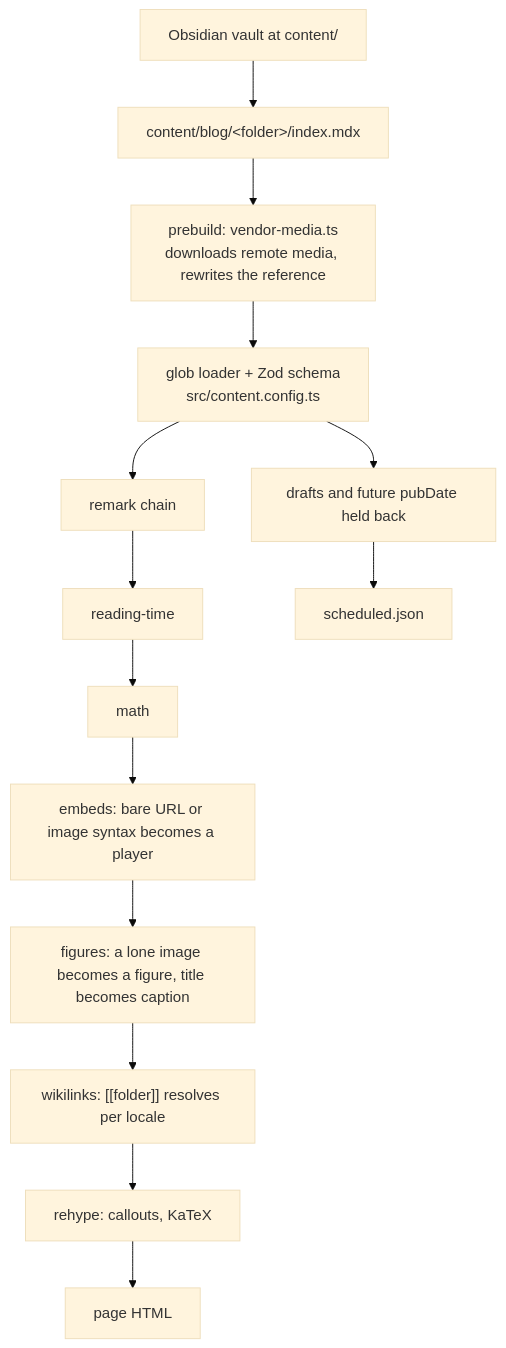
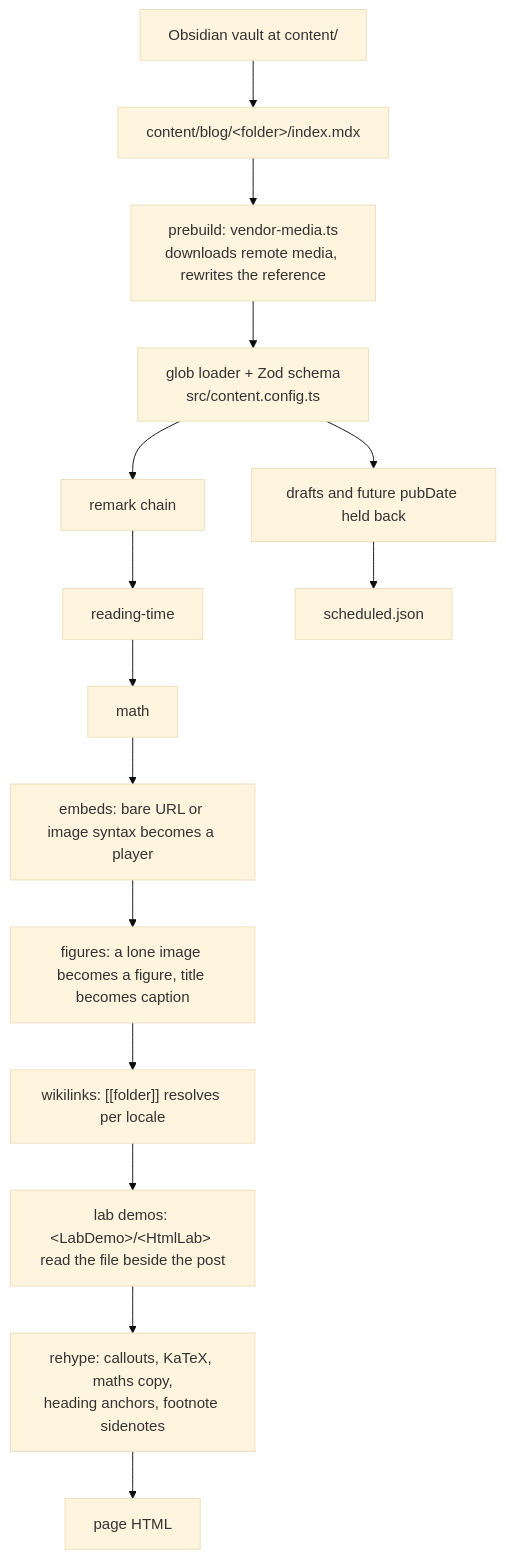
One commit to khaosdoctor/blog changed the first of 5 diagrams in docs/architecture.md. Above: the diagram before and after it, drawn with Mermaid (base theme). The commit also changed other lines of this file and 44 other files, not shown here.

Commit message:
fix: one component list for three guards, and the schema names the real author

````diff
--- a/docs/architecture.md
+++ b/docs/architecture.md
@@ -32,16 +34,17 @@
 ```mermaid
 flowchart TD
   A["Obsidian vault at content/"] --> B["content/blog/&lt;folder&gt;/index.mdx"]
   B --> C["prebuild: vendor-media.ts<br/>downloads remote media, rewrites the reference"]
   C --> D["glob loader + Zod schema<br/>src/content.config.ts"]
   D --> E["remark chain"]
   E --> E1["reading-time"]
   E1 --> E2["math"]
   E2 --> E3["embeds: bare URL or image syntax becomes a player"]
   E3 --> E4["figures: a lone image becomes a figure, title becomes caption"]
   E4 --> E5["wikilinks: [[folder]] resolves per locale"]
-  E5 --> F["rehype: callouts, KaTeX"]
+  E5 --> E6["lab demos: &lt;LabDemo&gt;/&lt;HtmlLab&gt; read the file beside the post"]
+  E6 --> F["rehype: callouts, KaTeX, maths copy,<br/>heading anchors, footnote sidenotes"]
   F --> G["page HTML"]
   D --> H["drafts and future pubDate held back"]
   H --> I["scheduled.json"]
 ```
````
